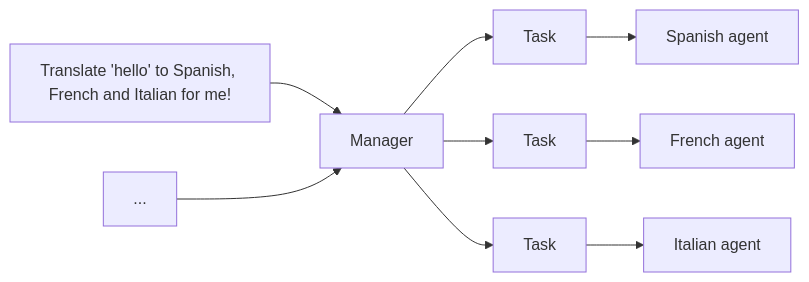
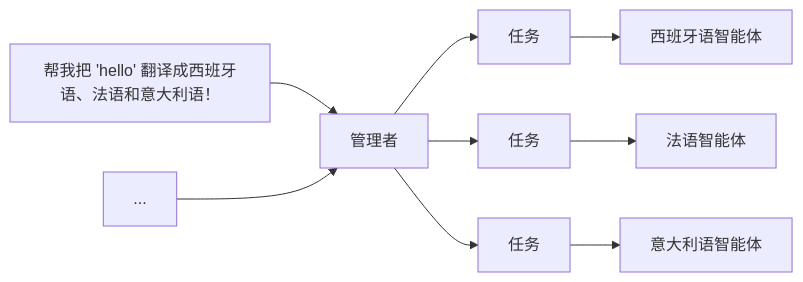
Before and after one commit to sabertazimi/blog: the second of 3 diagrams in contents/zh-CN/LLMBasicNotes.mdx, drawn with Mermaid. The commit also changed other lines of this file and 4 other files, not shown here.

````diff
--- a/contents/zh-CN/LLMBasicNotes.mdx
+++ b/contents/zh-CN/LLMBasicNotes.mdx
@@ -230,11 +230,11 @@
 ```mermaid
 graph LR
-    A[Translate 'hello' to Spanish, French and Italian for me!] --> B[Manager]
+    A[帮我把 'hello' 翻译成西班牙语、法语和意大利语！] --> B[管理者]
     C[...] --> B
-    B --> D[Task]
-    B --> E[Task]
-    B --> F[Task]
-    D --> G[Spanish agent]
-    E --> H[French agent]
-    F --> I[Italian agent]
+    B --> D[任务]
+    B --> E[任务]
+    B --> F[任务]
+    D --> G[西班牙语智能体]
+    E --> H[法语智能体]
+    F --> I[意大利语智能体]
 ```
````
